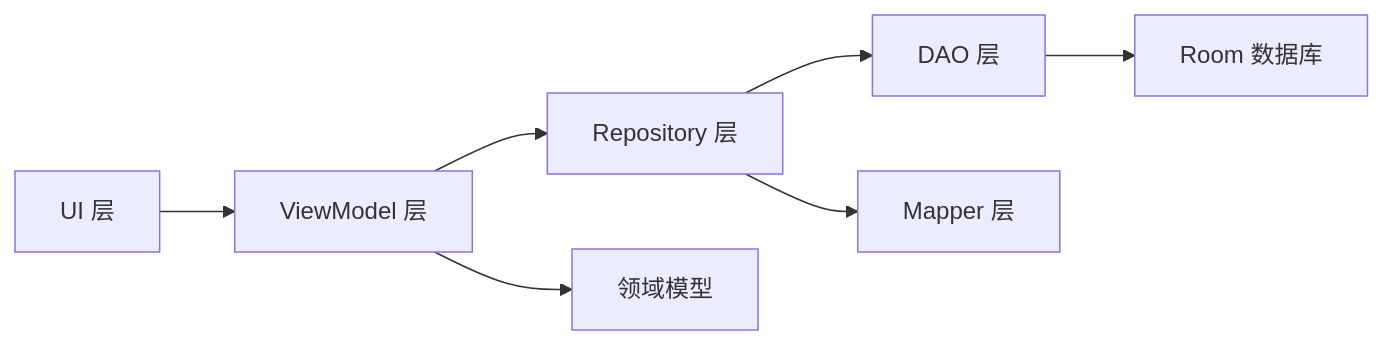
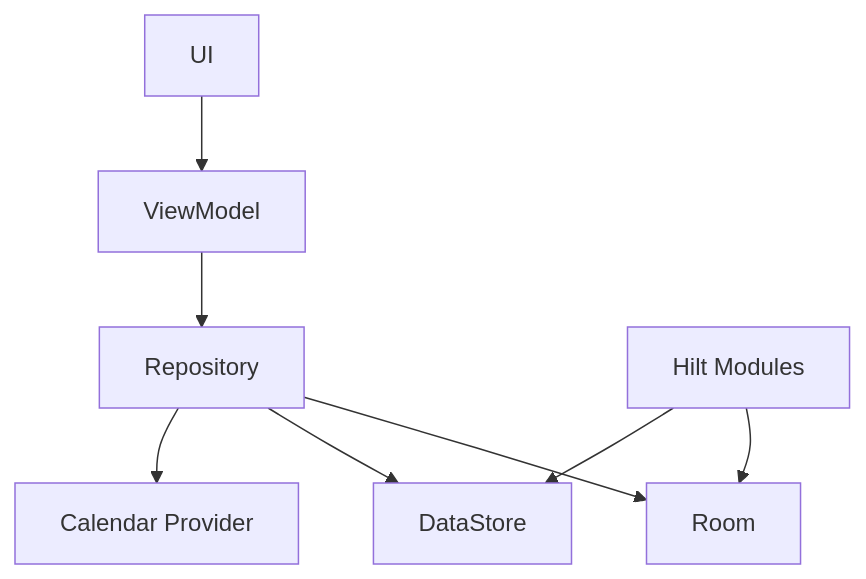
The ninth of 9 diagrams in .qoder/repowiki/zh/content/架构设计/架构设计.md (xiaobai860/paibanrili), drawn with Mermaid before and after one commit. The commit also changed other lines of this file and 245 other files, not shown here.

````diff
--- a/.qoder/repowiki/zh/content/架构设计/架构设计.md
+++ b/.qoder/repowiki/zh/content/架构设计/架构设计.md
@@ -407,9 +405,10 @@
 ```mermaid
-graph LR
-UI["UI 层"] --> VM["ViewModel 层"]
-VM --> Repo["Repository 层"]
-Repo --> DAO["DAO 层"]
-DAO --> DB["Room 数据库"]
-Repo --> Mapper["Mapper 层"]
-VM --> Domain["领域模型"]
+graph TB
+UI["UI"] --> VM["ViewModel"]
+VM --> Repo["Repository"]
+Repo --> DB["Room"]
+Repo --> DS["DataStore"]
+Repo --> CP["Calendar Provider"]
+DI["Hilt Modules"] --> DB
+DI --> DS
 ```
````
